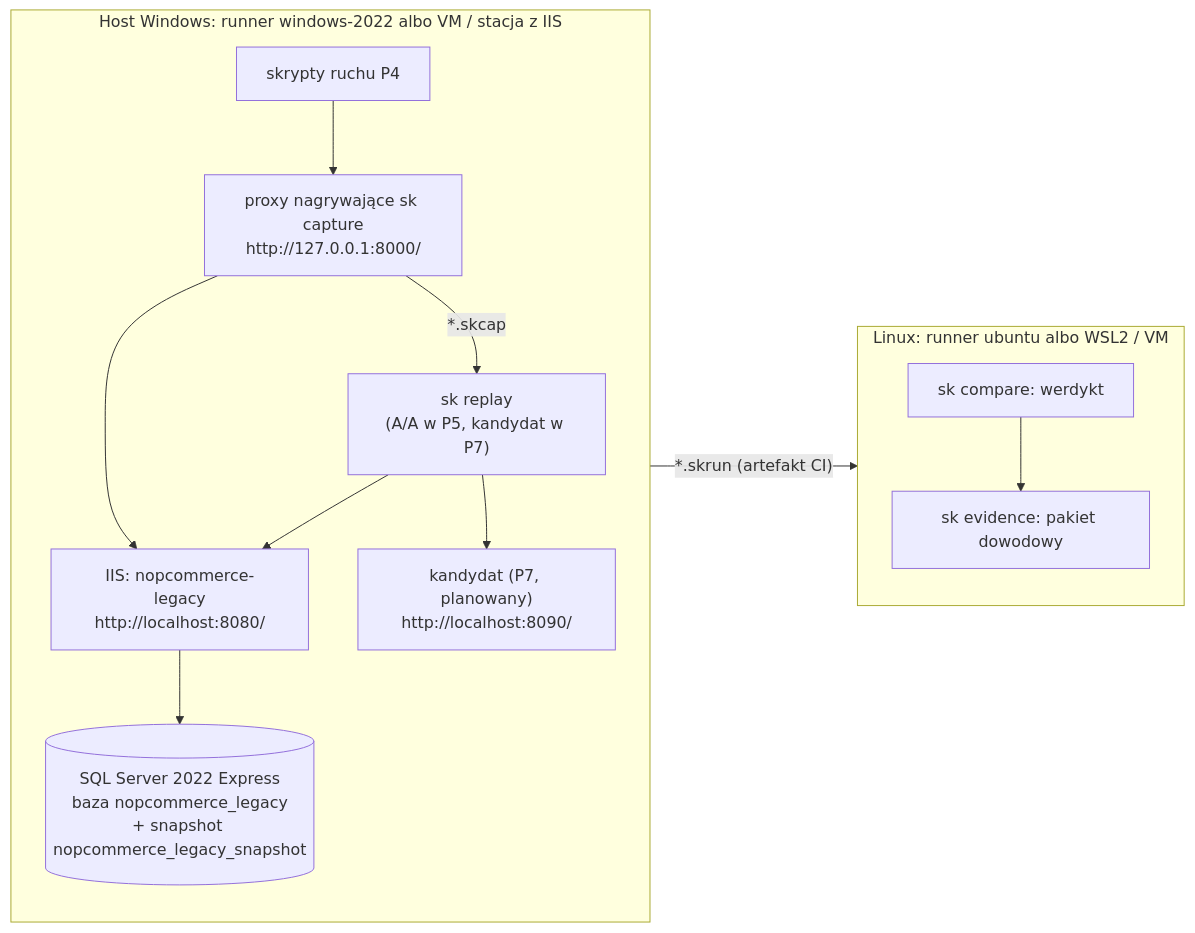
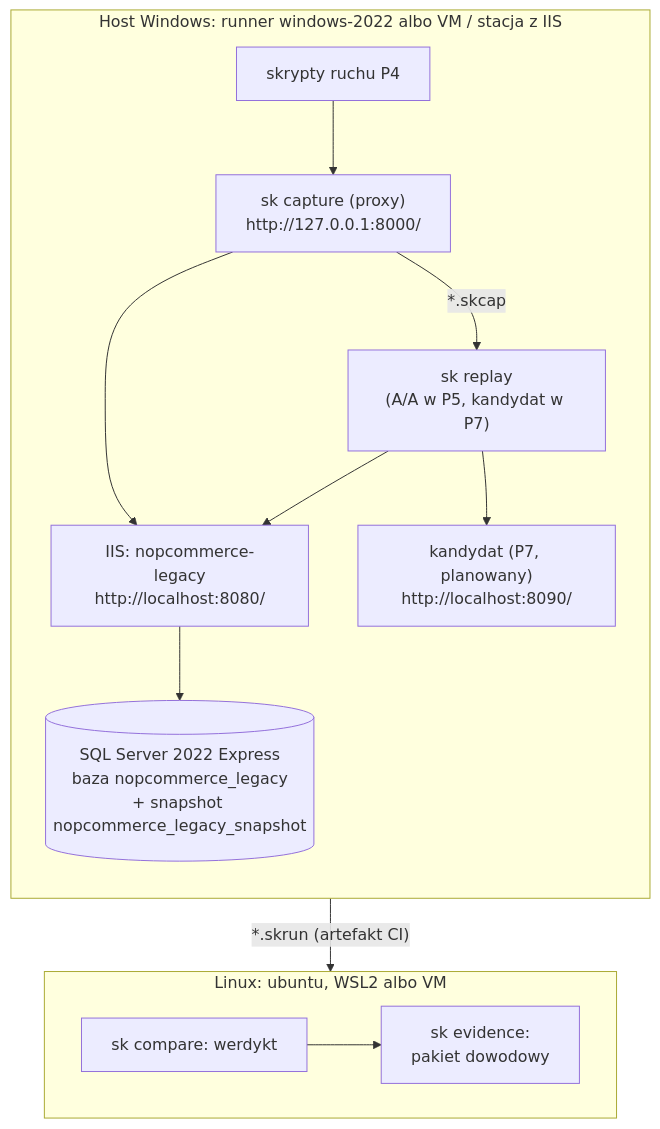
The diagram in docs/diagrams/a7-topologia-bench.mmd (konradcinkusz/letsgolegacy.secondkey), drawn with Mermaid before and after one commit. The commit also changed 23 other files, not shown here.

First line of the commit message:
Framework documentation: every chapter, and diagrams sized for the page

```diff
--- a/docs/diagrams/a7-topologia-bench.mmd
+++ b/docs/diagrams/a7-topologia-bench.mmd
@@ -1,15 +1,15 @@
-flowchart LR
+flowchart TB
   subgraph WIN["Host Windows: runner windows-2022 albo VM / stacja z IIS"]
     direction TB
-    GEN["skrypty ruchu P4"] --> PROXY["proxy nagrywające sk capture<br/>http://127.0.0.1:8000/"]
+    GEN["skrypty ruchu P4"] --> PROXY["sk capture (proxy)<br/>http://127.0.0.1:8000/"]
     PROXY --> IIS["IIS: nopcommerce-legacy<br/>http://localhost:8080/"]
     IIS --> SQL[("SQL Server 2022 Express<br/>baza nopcommerce_legacy<br/>+ snapshot nopcommerce_legacy_snapshot")]
-    REPLAY["sk replay<br/>(A/A w P5, kandydat w P7)"] --> IIS
+    PROXY -- "*.skcap" --> REPLAY["sk replay<br/>(A/A w P5, kandydat w P7)"]
+    REPLAY --> IIS
     REPLAY --> CAND["kandydat (P7, planowany)<br/>http://localhost:8090/"]
   end
-  subgraph LNX["Linux: runner ubuntu albo WSL2 / VM"]
-    direction TB
-    COMPARE["sk compare: werdykt"] --> EVID["sk evidence: pakiet dowodowy"]
+  subgraph LNX["Linux: ubuntu, WSL2 albo VM"]
+    direction LR
+    COMPARE["sk compare: werdykt"] --> EVID["sk evidence:<br/>pakiet dowodowy"]
   end
-  PROXY -- "*.skcap" --> REPLAY
   REPLAY -- "*.skrun (artefakt CI)" --> COMPARE
```
